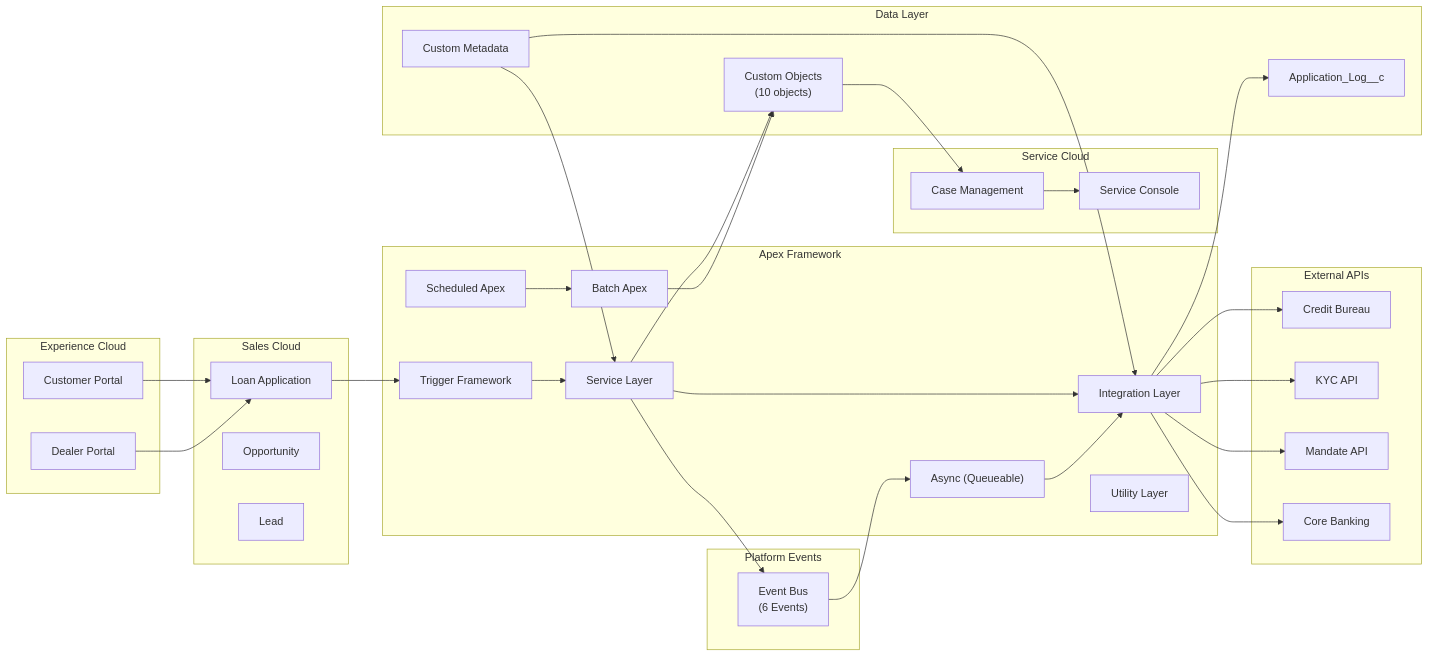
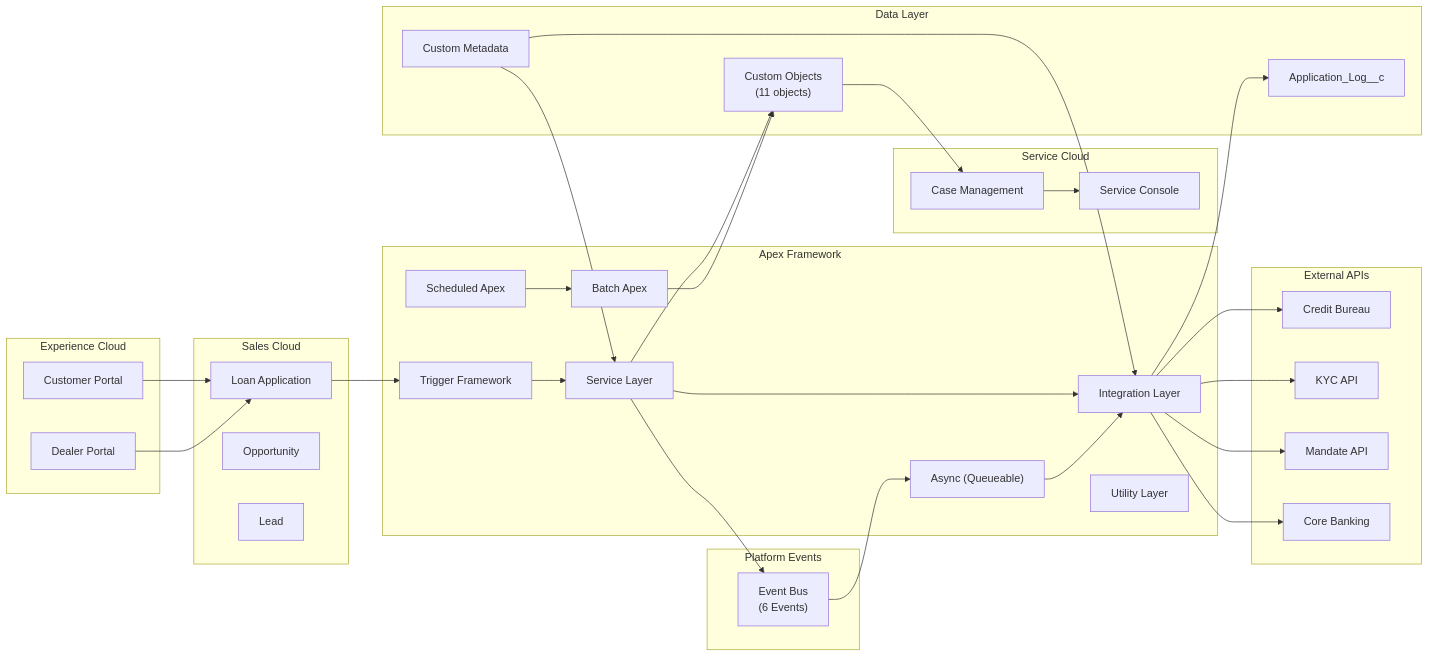
Before and after one commit to manasvivg/LendSphere-360: the third of 7 diagrams in docs/HLD/HLD.md, drawn with Mermaid. The commit also changed other lines of this file and 6 other files, not shown here.

Commit message:
update to the architecture by introducing property evaluation step

````diff
--- a/docs/HLD/HLD.md
+++ b/docs/HLD/HLD.md
@@ -98,61 +108,61 @@
 ```mermaid
 graph LR
     subgraph "Experience Cloud"
         CP["Customer Portal"]
         DP["Dealer Portal"]
     end
 
     subgraph "Sales Cloud"
         LA["Loan Application"]
         OP["Opportunity"]
         LD["Lead"]
     end
 
     subgraph "Service Cloud"
         CASE["Case Management"]
         CONS["Service Console"]
     end
 
     subgraph "Platform Events"
         PE["Event Bus\n(6 Events)"]
     end
 
     subgraph "Apex Framework"
         TF["Trigger Framework"]
         SL["Service Layer"]
         IL["Integration Layer"]
         UL["Utility Layer"]
         AQ["Async (Queueable)"]
         BA["Batch Apex"]
         SC["Scheduled Apex"]
     end
 
     subgraph "Data Layer"
-        OBJ["Custom Objects\n(10 objects)"]
+        OBJ["Custom Objects\n(11 objects)"]
         LOG["Application_Log__c"]
         CMD["Custom Metadata"]
     end
 
     subgraph "External APIs"
         CB["Credit Bureau"]
         KYC["KYC API"]
         UPI["Mandate API"]
         CBS["Core Banking"]
     end
 
     CP --> LA
     DP --> LA
     LA --> TF --> SL
     SL --> PE
     SL --> OBJ
     SL --> IL
     PE --> AQ
     AQ --> IL
     IL --> CB & KYC & UPI & CBS
     IL --> LOG
     BA --> OBJ
     SC --> BA
     OBJ --> CASE
     CASE --> CONS
     CMD --> SL & IL
 ```
````
